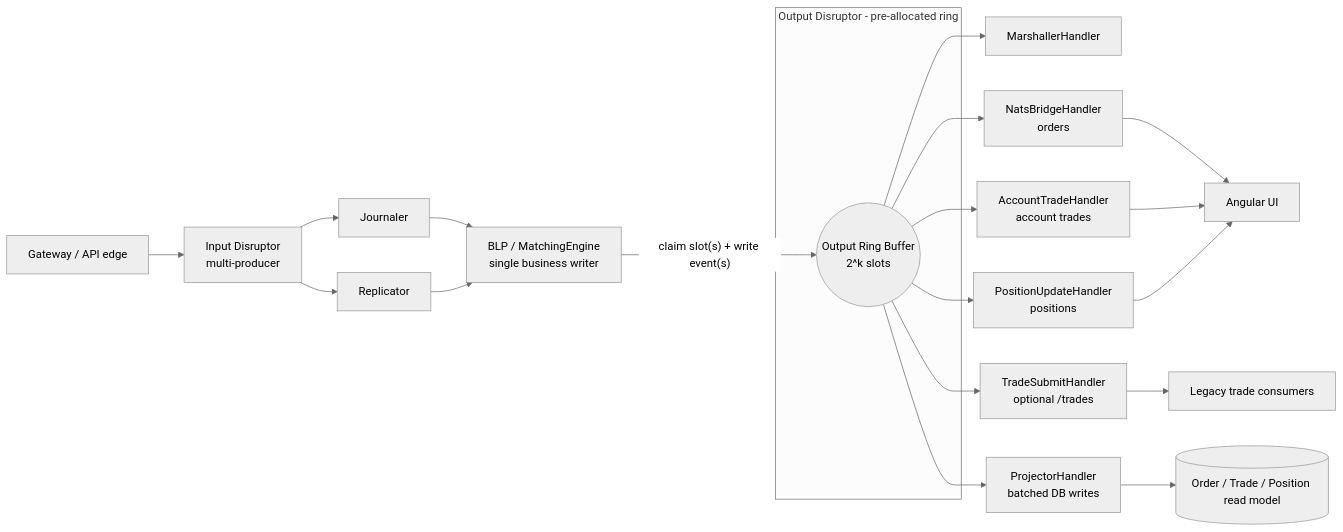
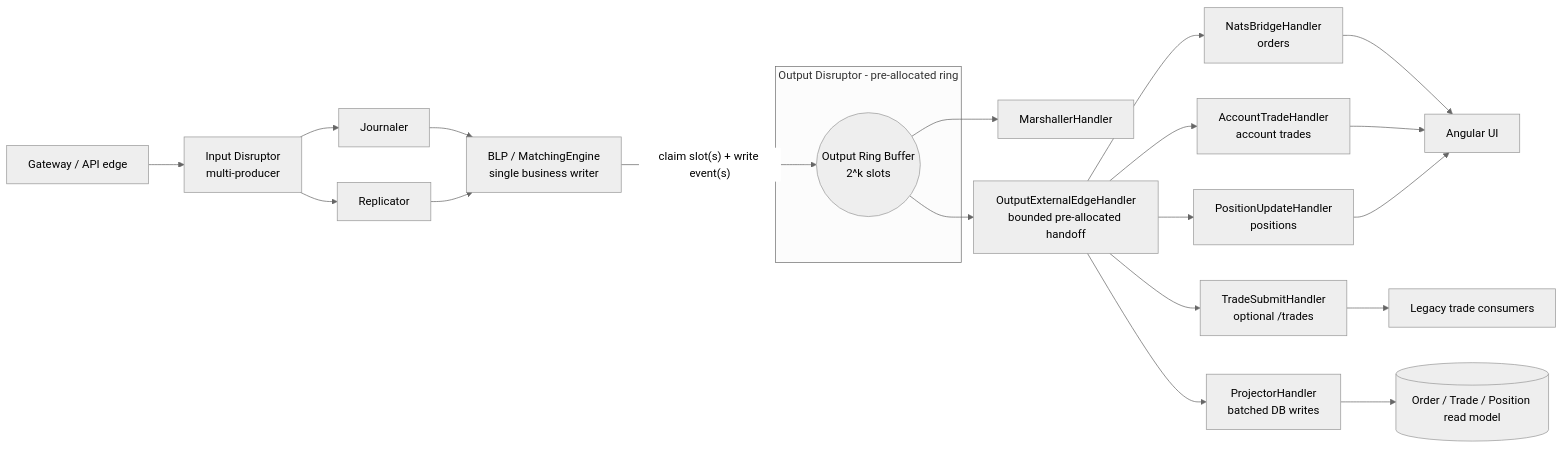
Before and after one commit to YU-CS-Summer-2026-Distributed-TraderX/traderX: the diagram in LMAX-OUTPUT-DISRUPTOR.md, drawn with Mermaid (neutral theme). The commit also changed other lines of this file and 27 other files, not shown here.

````diff
--- a/LMAX-OUTPUT-DISRUPTOR.md
+++ b/LMAX-OUTPUT-DISRUPTOR.md
@@ -67,27 +66,28 @@
 ```mermaid
 flowchart LR
   G["Gateway / API edge"] --> IR["Input Disruptor<br/>multi-producer"]
   IR --> J["Journaler"]
   IR --> R["Replicator"]
   J --> BLP["BLP / MatchingEngine<br/>single business writer"]
   R --> BLP
 
   BLP -->|"claim slot(s) + write event(s)"| OR
 
   subgraph OUTD["Output Disruptor - pre-allocated ring"]
     OR(("Output Ring Buffer<br/>2^k slots"))
   end
 
   OR --> M["MarshallerHandler"]
-  OR --> NB["NatsBridgeHandler<br/>orders"]
-  OR --> AT["AccountTradeHandler<br/>account trades"]
-  OR --> PU["PositionUpdateHandler<br/>positions"]
-  OR --> TS["TradeSubmitHandler<br/>optional /trades"]
-  OR --> PRJ["ProjectorHandler<br/>batched DB writes"]
+  OR --> EDGE["OutputExternalEdgeHandler<br/>bounded pre-allocated handoff"]
+  EDGE --> NB["NatsBridgeHandler<br/>orders"]
+  EDGE --> AT["AccountTradeHandler<br/>account trades"]
+  EDGE --> PU["PositionUpdateHandler<br/>positions"]
+  EDGE --> TS["TradeSubmitHandler<br/>optional /trades"]
+  EDGE --> PRJ["ProjectorHandler<br/>batched DB writes"]
 
   NB --> UI["Angular UI"]
   AT --> UI
   PU --> UI
   TS --> LEGACY["Legacy trade consumers"]
   PRJ --> DB[("Order / Trade / Position read model")]
 ```
````
